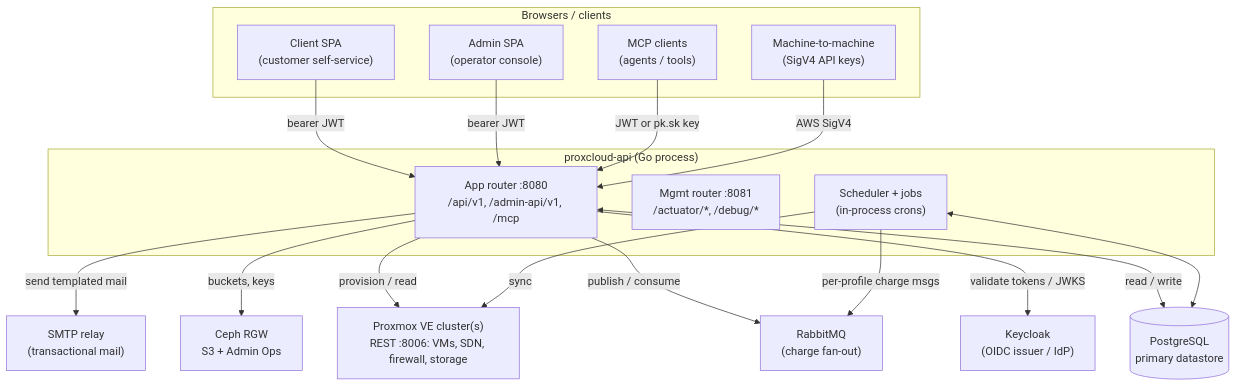
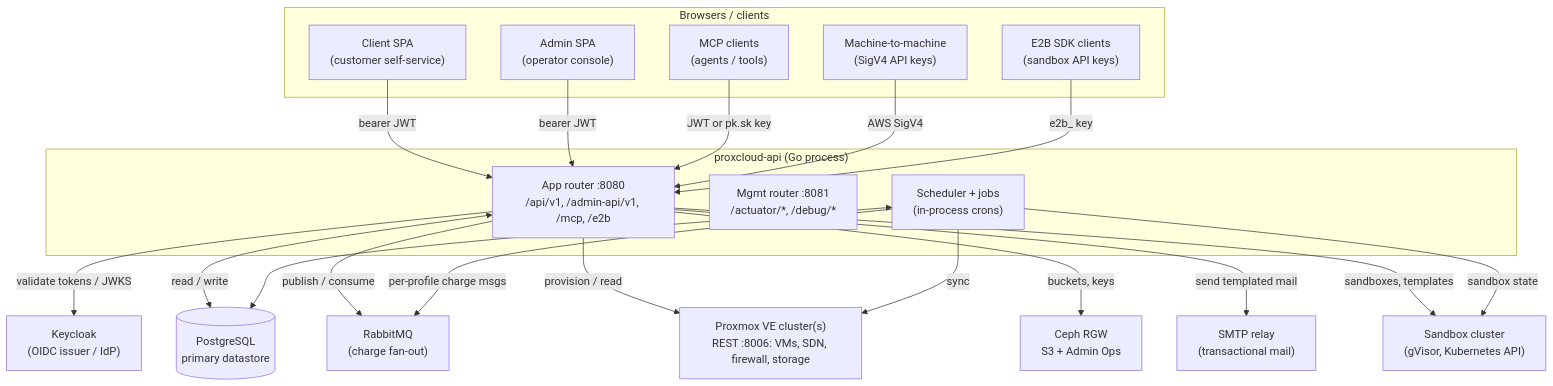
One commit to mutex-solutions/proxcloud changed the first of 7 diagrams in docs/architecture.md. Above: the diagram before and after it, drawn with Mermaid. The commit also changed other lines of this file and 43 other files, not shown here.

First line of the commit message:
docs: bring operator, architecture and in-app docs up to date

````diff
--- a/docs/architecture.md
+++ b/docs/architecture.md
@@ -26,37 +26,42 @@
 ```mermaid
 flowchart TB
     subgraph Browsers["Browsers / clients"]
         UI["Client SPA<br/>(customer self-service)"]
         ADMIN["Admin SPA<br/>(operator console)"]
         MCPC["MCP clients<br/>(agents / tools)"]
         M2M["Machine-to-machine<br/>(SigV4 API keys)"]
+        E2BC["E2B SDK clients<br/>(sandbox API keys)"]
     end
 
     subgraph ProxCloud["proxcloud-api (Go process)"]
-        APP["App router :8080<br/>/api/v1, /admin-api/v1, /mcp"]
+        APP["App router :8080<br/>/api/v1, /admin-api/v1, /mcp, /e2b"]
         MGMT["Mgmt router :8081<br/>/actuator/*, /debug/*"]
         JOBS["Scheduler + jobs<br/>(in-process crons)"]
     end
 
     KC["Keycloak<br/>(OIDC issuer / IdP)"]
     PG[("PostgreSQL<br/>primary datastore")]
     RABBIT["RabbitMQ<br/>(charge fan-out)"]
     PVE["Proxmox VE cluster(s)<br/>REST :8006: VMs, SDN, firewall, storage"]
     RGW["Ceph RGW<br/>S3 + Admin Ops"]
     SMTP["SMTP relay<br/>(transactional mail)"]
+    SBX["Sandbox cluster<br/>(gVisor, Kubernetes API)"]
 
     UI -->|bearer JWT| APP
     ADMIN -->|bearer JWT| APP
     MCPC -->|JWT or pk.sk key| APP
     M2M -->|AWS SigV4| APP
+    E2BC -->|e2b_ key| APP
 
     APP -->|validate tokens / JWKS| KC
     APP <-->|read / write| PG
     APP -->|publish / consume| RABBIT
     APP -->|"provision / read"| PVE
     APP -->|"buckets, keys"| RGW
     JOBS <--> PG
     JOBS -->|per-profile charge msgs| RABBIT
     JOBS -->|"sync"| PVE
     APP -->|send templated mail| SMTP
+    APP -->|"sandboxes, templates"| SBX
+    JOBS -->|"sandbox state"| SBX
 ```
````
